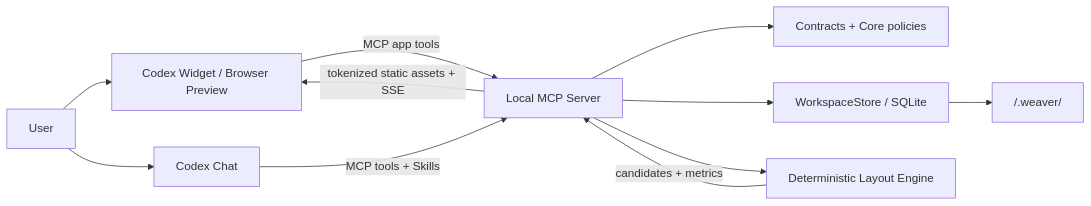
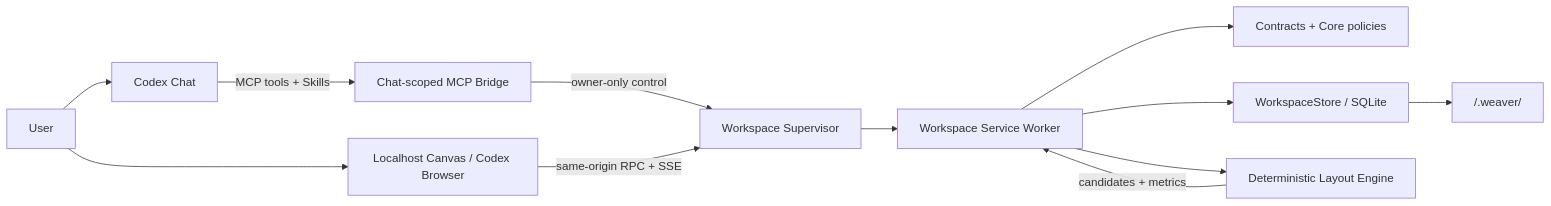
The diagram in AGENTS.md (guangtouwangba/weaver-next), drawn with Mermaid before and after one commit. The commit also changed other lines of this file and 226 other files, not shown here.

Commit message:
feat: migrate Canvas to workspace localhost runtime

````diff
--- a/AGENTS.md
+++ b/AGENTS.md
@@ -62,13 +63,14 @@
 ```mermaid
 flowchart LR
-  User["User"] --> Widget["Codex Widget / Browser Preview"]
+  User["User"] --> Canvas["Localhost Canvas / Codex Browser"]
   User --> Chat["Codex Chat"]
-  Widget -->|"MCP app tools"| MCP["Local MCP Server"]
-  Chat -->|"MCP tools + Skills"| MCP
-  MCP --> Contracts["Contracts + Core policies"]
-  MCP --> Storage["WorkspaceStore / SQLite"]
-  MCP --> Layout["Deterministic Layout Engine"]
+  Chat -->|"MCP tools + Skills"| MCP["Chat-scoped MCP Bridge"]
+  MCP -->|"owner-only control"| Supervisor["Workspace Supervisor"]
+  Canvas -->|"same-origin RPC + SSE"| Supervisor
+  Supervisor --> Service["Workspace Service Worker"]
+  Service --> Contracts["Contracts + Core policies"]
+  Service --> Storage["WorkspaceStore / SQLite"]
+  Service --> Layout["Deterministic Layout Engine"]
   Storage --> Data["<workspace>/.weaver/"]
-  MCP -->|"tokenized static assets + SSE"| Widget
-  Layout -->|"candidates + metrics"| MCP
+  Layout -->|"candidates + metrics"| Service
 ```
````
